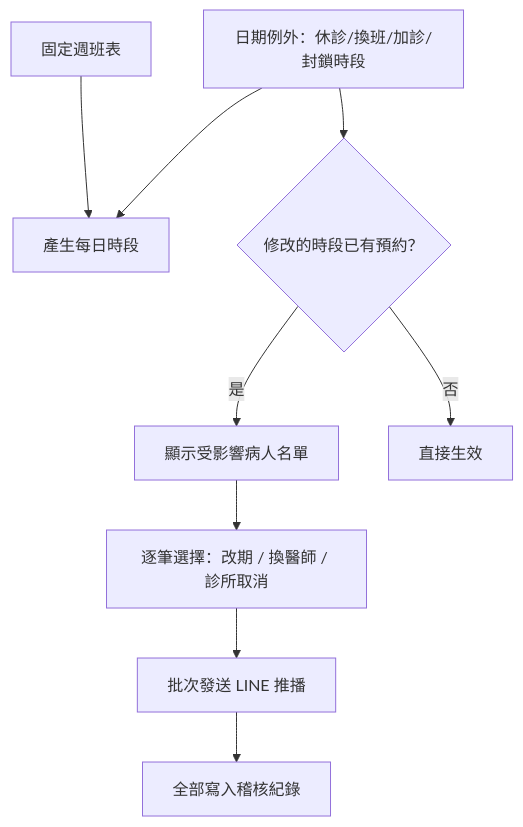
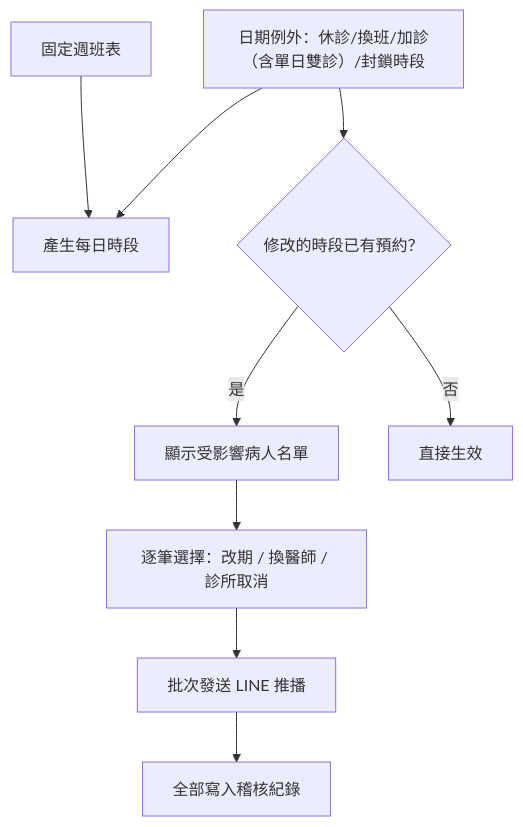
The fifth of 5 diagrams in booking-system/docs/02-使用流程.md (lubitsai/lihsin-clinic), drawn with Mermaid before and after one commit. The commit also changed 8 other files, not shown here.

````diff
--- a/booking-system/docs/02-使用流程.md
+++ b/booking-system/docs/02-使用流程.md
@@ -97,11 +97,11 @@
 ```mermaid
 flowchart TD
     A[固定週班表] --> B[產生每日時段]
-    C[日期例外：休診/換班/加診/封鎖時段] --> B
+    C[日期例外：休診/換班/加診（含單日雙診）/封鎖時段] --> B
     C --> D{修改的時段已有預約？}
     D -->|是| E[顯示受影響病人名單]
     E --> F[逐筆選擇：改期 / 換醫師 / 診所取消]
     F --> G[批次發送 LINE 推播]
     D -->|否| H[直接生效]
     G --> I[全部寫入稽核紀錄]
 ```
````
